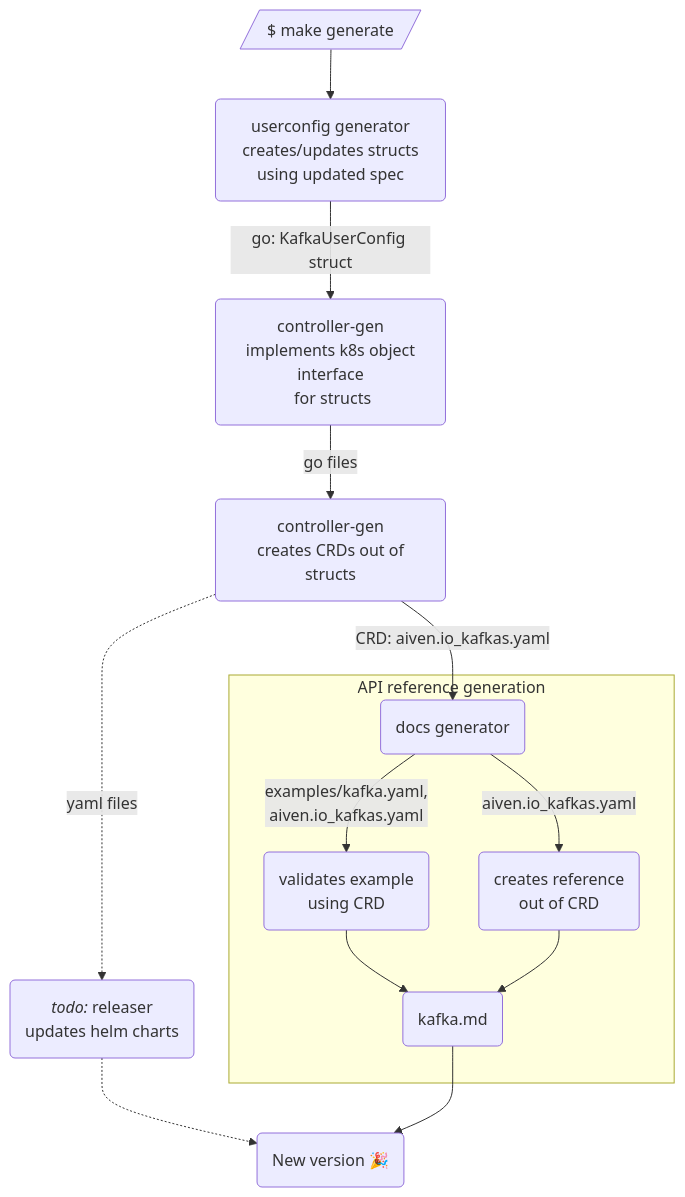
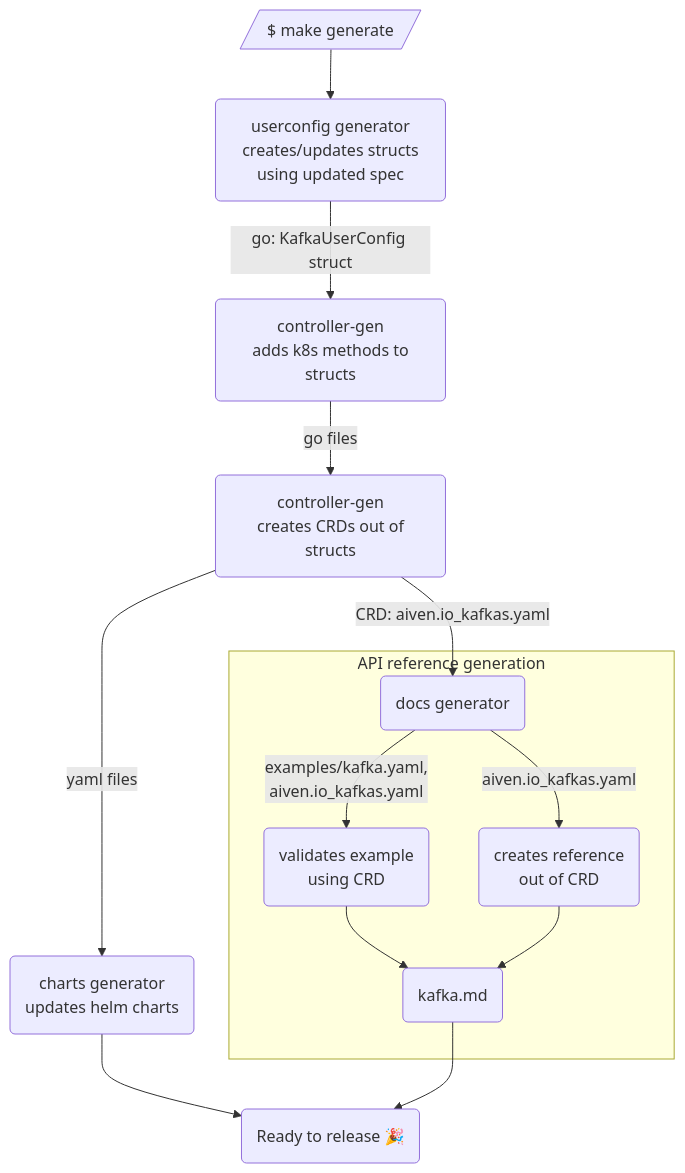
Before and after one commit to aiven/aiven-operator: the second of 2 diagrams in docs/docs/contributing/resource-generation.md, drawn with Mermaid. The commit also changed other lines of this file and 30 other files, not shown here.

Commit message:
feat(helm): add charts generator

````diff
--- a/docs/docs/contributing/resource-generation.md
+++ b/docs/docs/contributing/resource-generation.md
@@ -61,17 +60,16 @@
 ```mermaid
 flowchart TB
     Make[/$ make generate/]-->Generator(userconfig generator<br> creates/updates structs using updated spec)
-    Generator-->|go: KafkaUserConfig struct| K8S(controller-gen<br> implements k8s object interface<br> for structs)
+    Generator-->|go: KafkaUserConfig struct| K8S(controller-gen<br> adds k8s methods to structs)
     K8S-->|go files| CRD(controller-gen<br> creates CRDs out of structs)
     CRD-->|CRD: aiven.io_kafkas.yaml| Docs(docs generator)
     subgraph API reference generation
         Docs-->|aiven.io_kafkas.yaml|Reference(creates reference<br> out of CRD)
         Docs-->|examples/kafka.yaml,<br> aiven.io_kafkas.yaml|Examples(validates example<br> using CRD)
         Examples--> Markdown(creates docs out of CRDs, adds examples)
         Reference-->Markdown(kafka.md)
     end
-    CRD-.->|yaml files|Releaser(<i>todo:</i> releaser<br> updates helm charts)
-    Releaser-.->NewVersion("New version 🎉")
-    Markdown-->NewVersion
-    
+    CRD-->|yaml files|Charts(charts generator<br> updates helm charts)
+    Charts-->ToRelease("Ready to release 🎉")
+    Markdown-->ToRelease
 ```
````
